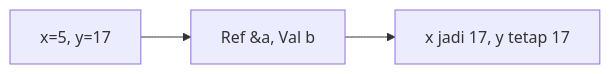
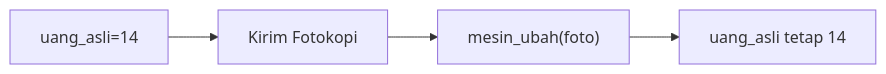
The third of 25 diagrams in part-c-pemahaman-cpp/04-fungsi/latihan/set-07.md (amnahwaida/OSNK_INF_PREP), drawn with Mermaid before and after one commit. The commit also changed other lines of this file and 71 other files, not shown here.

````diff
--- a/part-c-pemahaman-cpp/04-fungsi/latihan/set-07.md
+++ b/part-c-pemahaman-cpp/04-fungsi/latihan/set-07.md
@@ -74,5 +77,6 @@
 ```mermaid
 graph LR
-A["x=5, y=17"] --> B["Ref &a, Val b"]
-B --> C["x jadi 17, y tetap 17"]
+A["uang_asli=14"] --> B["Kirim Fotokopi"]
+B --> C["mesin_ubah(foto)"]
+C --> D["uang_asli tetap 14"]
 ```
````
